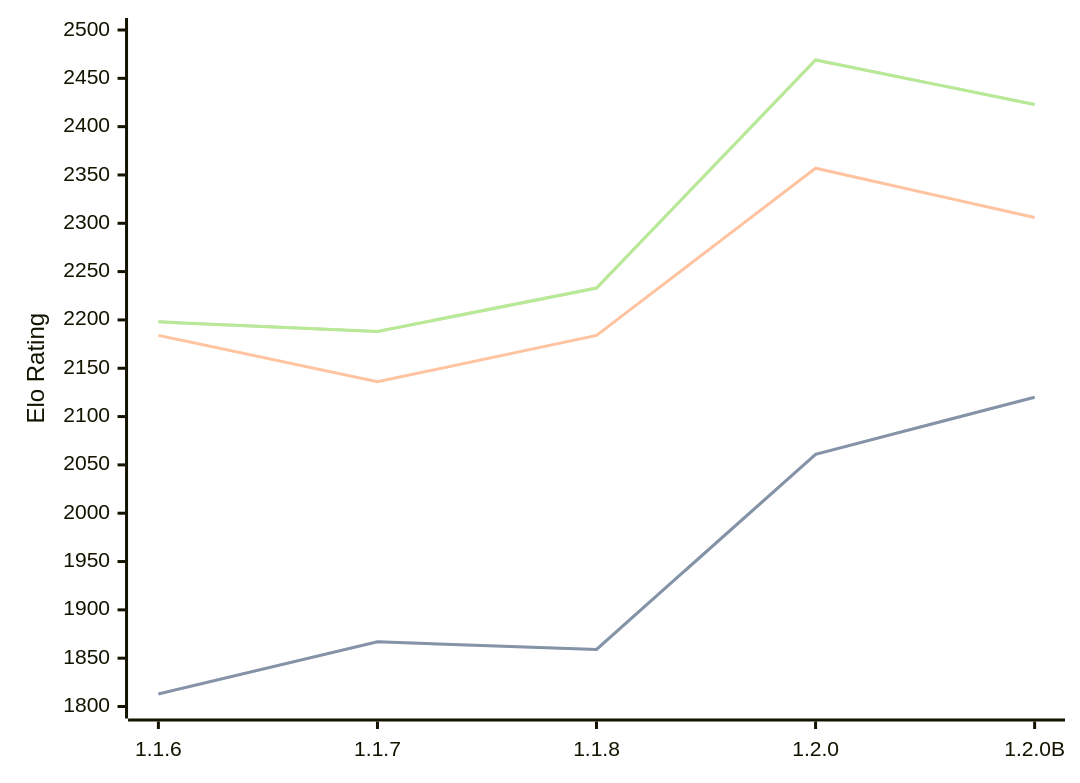
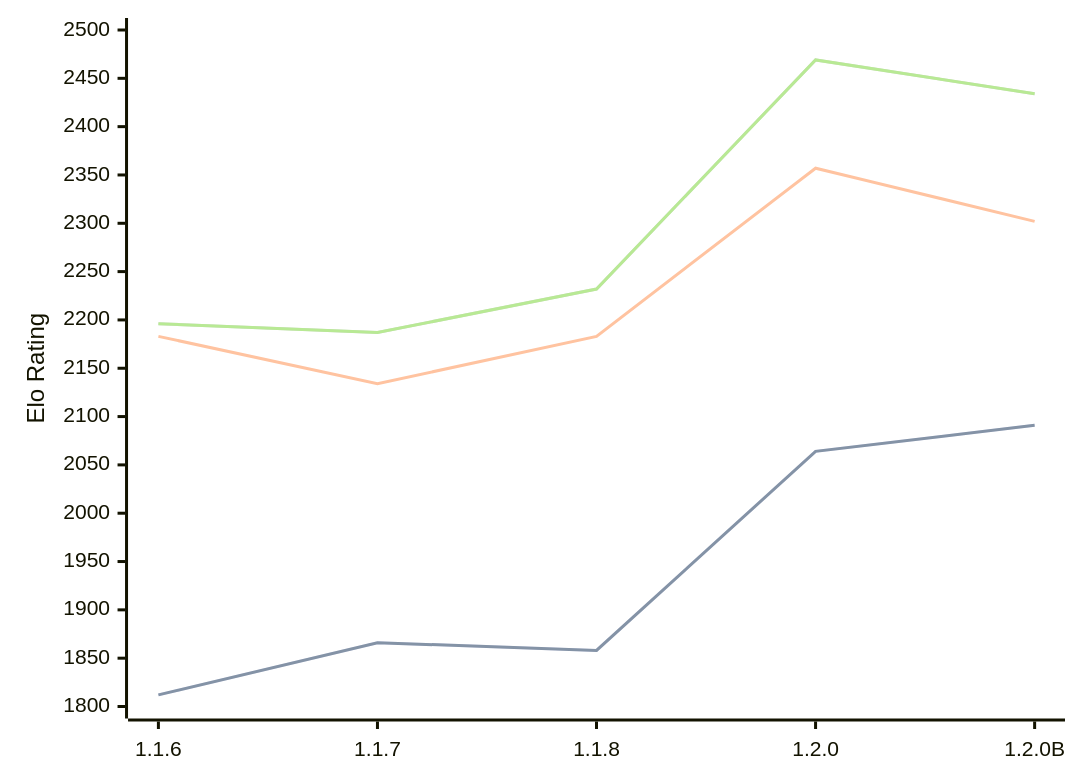
One commit to computer-chess-index/cci changed the diagram in engines/Soomi.md. Above: the diagram before and after it, drawn with Mermaid. The commit also changed other lines of this file, not shown here.

Commit message:
Update CCI Ratings (ELO VLTC) - 2026-04-27

````diff
--- a/engines/Soomi.md
+++ b/engines/Soomi.md
@@ -35,11 +35,11 @@
 ```mermaid
 %%{init: {"theme":"base","themeVariables":{"seriesColors:['#a3a3a3','#222221','#faa371']}}}%%
 xychart-beta
   x-axis ["1.1.6", "1.1.7", "1.1.8", "1.2.0", "1.2.0B"]
   y-axis "Elo Rating" 1800 --> 2500
-  line "STC (8.0+0.08s)" [1813, 1867, 1859, 2061, 2120]
-  line "STC (8.0+0.08s)" [1813, 1867, 1859, 2061, 2120]
-  line "LTC (60.0+0.60s)" [2184, 2136, 2184, 2357, 2306]
-  line "VLTC (2m24s+1.12s)" [2198, 2188, 2233, 2469, 2423]
-  line "VLTC (2m24s+1.12s)" [2198, 2188, 2233, 2469, 2423]
+  line "STC (8.0+0.08s)" [1812, 1866, 1858, 2064, 2091]
+  line "STC (8.0+0.08s)" [1812, 1866, 1858, 2064, 2091]
+  line "LTC (60.0+0.60s)" [2183, 2134, 2183, 2357, 2302]
+  line "VLTC (2m24s+1.12s)" [2196, 2187, 2232, 2469, 2434]
+  line "VLTC (2m24s+1.12s)" [2196, 2187, 2232, 2469, 2434]
 ```
````
